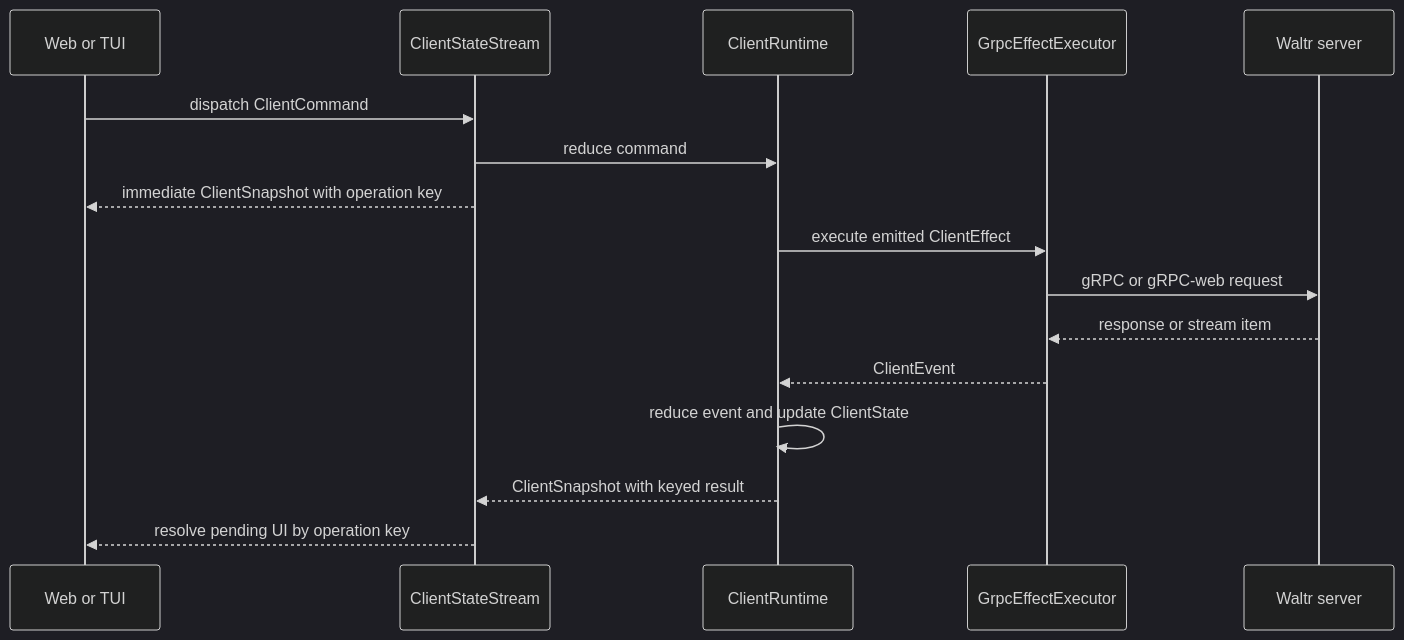
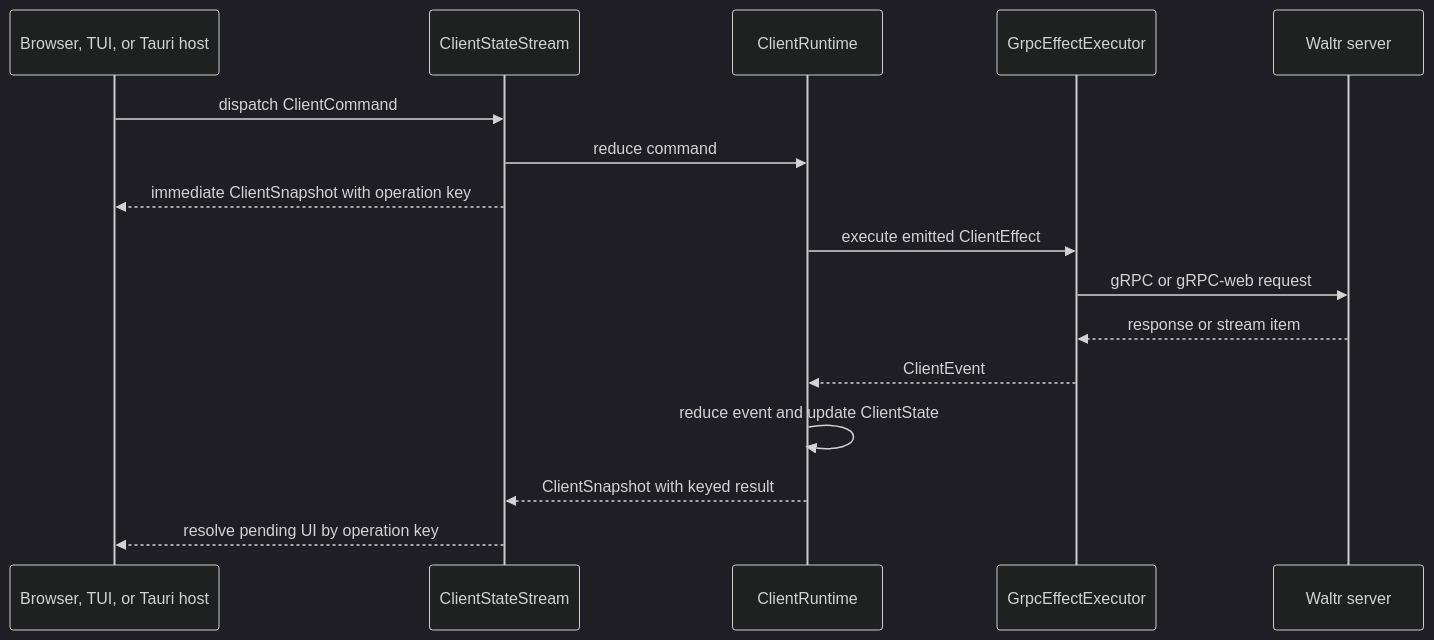
The third of 3 diagrams in docs/architecture/clients.md (rfhold/waltr), drawn with Mermaid (dark theme) before and after one commit. The commit also changed other lines of this file and 154 other files, not shown here.

````diff
--- a/docs/architecture/clients.md
+++ b/docs/architecture/clients.md
@@ -193,19 +216,19 @@
 ```mermaid
 sequenceDiagram
-    participant Shell as Web or TUI
+    participant Shell as Browser, TUI, or Tauri host
     participant Stream as ClientStateStream
     participant Runtime as ClientRuntime
     participant Executor as GrpcEffectExecutor
     participant Server as Waltr server
 
     Shell->>Stream: dispatch ClientCommand
     Stream->>Runtime: reduce command
     Stream-->>Shell: immediate ClientSnapshot with operation key
     Runtime->>Executor: execute emitted ClientEffect
     Executor->>Server: gRPC or gRPC-web request
     Server-->>Executor: response or stream item
     Executor-->>Runtime: ClientEvent
     Runtime->>Runtime: reduce event and update ClientState
     Runtime-->>Stream: ClientSnapshot with keyed result
     Stream-->>Shell: resolve pending UI by operation key
 ```
````
